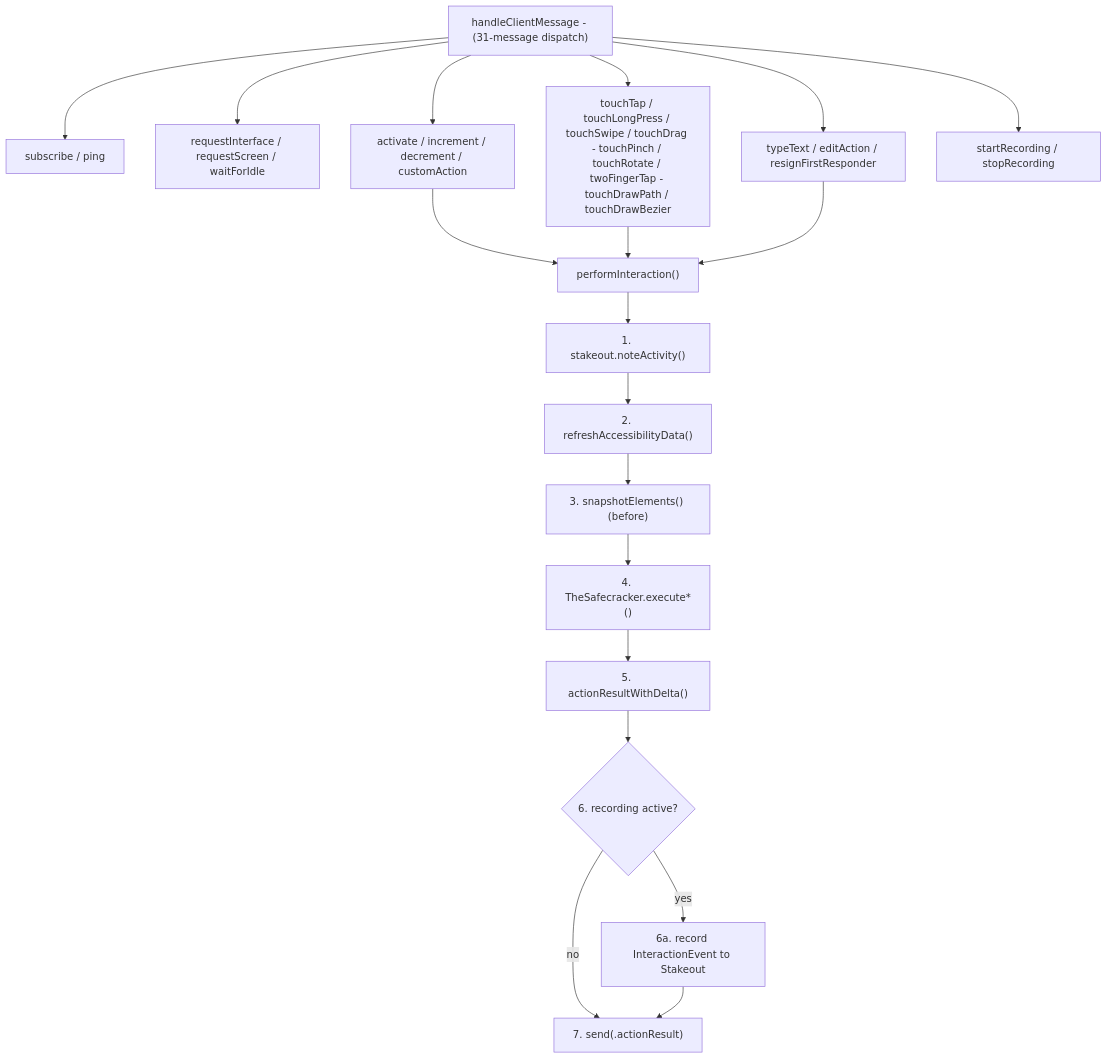
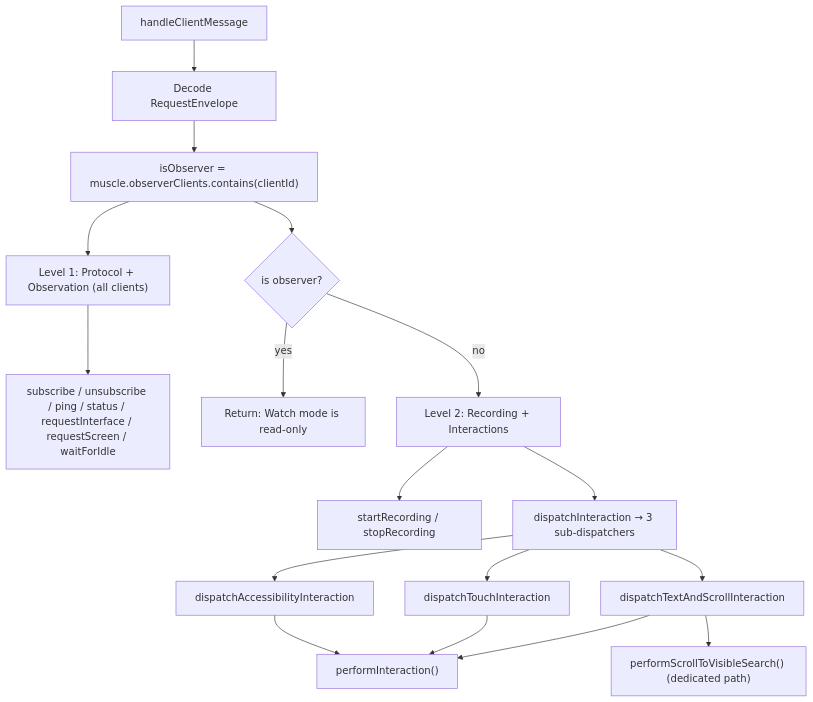
The second of 5 diagrams in docs/dossiers/07-THEINSIDEJOB.md (RoyalPineapple/TheButtonHeist), drawn with Mermaid before and after one commit. The commit also changed other lines of this file and 11 other files, not shown here.

````diff
--- a/docs/dossiers/07-THEINSIDEJOB.md
+++ b/docs/dossiers/07-THEINSIDEJOB.md
@@ -82,25 +87,25 @@
 ```mermaid
 flowchart TD
-    Receive["handleClientMessage - (31-message dispatch)"]
+    Receive["handleClientMessage"]
+    Receive --> Decode["Decode RequestEnvelope"]
+    Decode --> ObsCheck["isObserver = muscle.observerClients.contains(clientId)"]
 
-    Receive --> Auth["subscribe / ping"]
-    Receive --> Query["requestInterface / requestScreen / waitForIdle"]
-    Receive --> Actions["activate / increment / decrement / customAction"]
-    Receive --> Touch["touchTap / touchLongPress / touchSwipe / touchDrag - touchPinch / touchRotate / twoFingerTap - touchDrawPath / touchDrawBezier"]
-    Receive --> Text["typeText / editAction / resignFirstResponder"]
-    Receive --> Recording["startRecording / stopRecording"]
+    ObsCheck --> Level1["Level 1: Protocol + Observation (all clients)"]
+    Level1 --> L1Cases["subscribe / unsubscribe / ping / status / requestInterface / requestScreen / waitForIdle"]
 
-    Actions --> Perform["performInteraction()"]
-    Touch --> Perform
-    Text --> Perform
+    ObsCheck --> ObsGate{"is observer?"}
+    ObsGate -->|yes| ReadOnly["Return: Watch mode is read-only"]
+    ObsGate -->|no| Level2["Level 2: Recording + Interactions"]
 
-    Perform --> Step1["1. stakeout.noteActivity()"]
-    Step1 --> Step2["2. refreshAccessibilityData()"]
-    Step2 --> Step3["3. snapshotElements() (before)"]
-    Step3 --> Step4["4. TheSafecracker.execute*()"]
-    Step4 --> Step5["5. actionResultWithDelta()"]
-    Step5 --> Step6{"6. recording active?"}
-    Step6 -->|yes| Step6a["6a. record InteractionEvent to Stakeout"]
-    Step6 -->|no| Step7["7. send(.actionResult)"]
-    Step6a --> Step7
+    Level2 --> RecCases["startRecording / stopRecording"]
+    Level2 --> DispatchInt["dispatchInteraction → 3 sub-dispatchers"]
+
+    DispatchInt --> AccDisp["dispatchAccessibilityInteraction"]
+    DispatchInt --> TouchDisp["dispatchTouchInteraction"]
+    DispatchInt --> TextDisp["dispatchTextAndScrollInteraction"]
+
+    AccDisp --> Perform["performInteraction()"]
+    TouchDisp --> Perform
+    TextDisp --> Perform
+    TextDisp --> ScrollVis["performScrollToVisibleSearch() (dedicated path)"]
 ```
````
